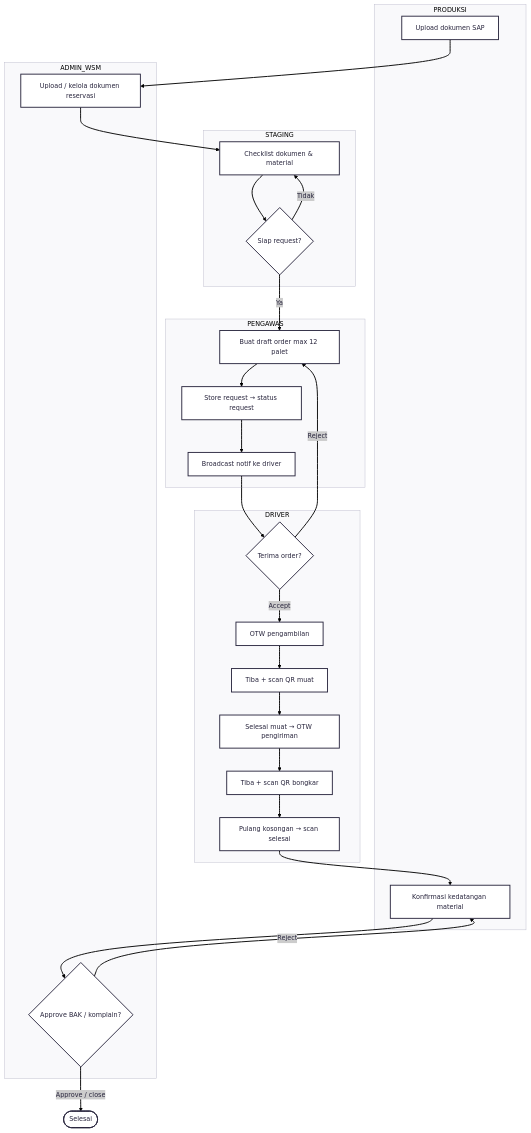
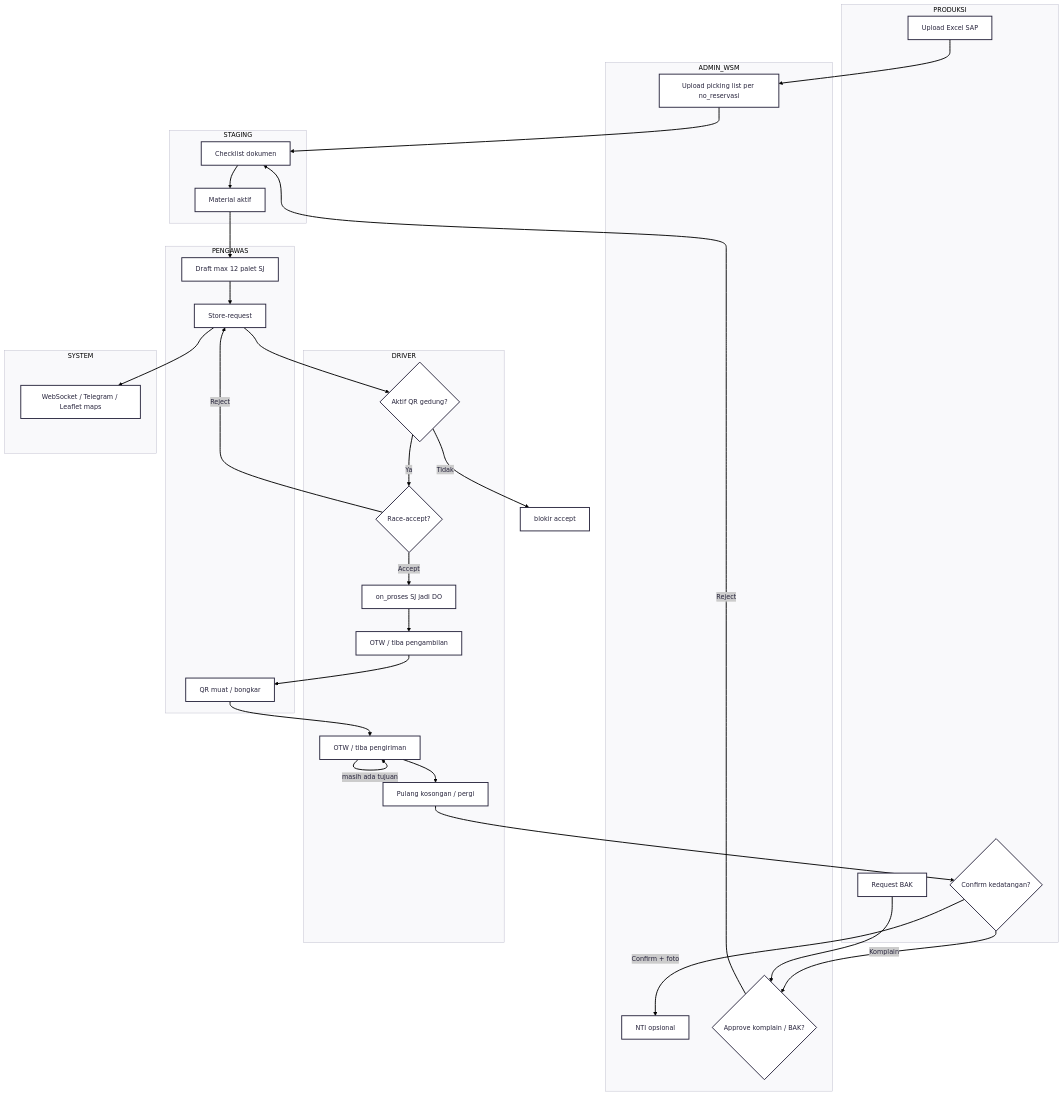
One commit to asrofilnadib/asrofilnadib.github.io changed the first of 2 diagrams in projects/briefs/tms/diagram/flowchart.md. Above: the diagram before and after it, drawn with Mermaid. The commit also changed other lines of this file and 4 other files, not shown here.

First line of the commit message:
feat(tms): update project details and add new diagrams

````diff
--- a/projects/briefs/tms/diagram/flowchart.md
+++ b/projects/briefs/tms/diagram/flowchart.md
@@ -45,49 +49,56 @@
 ```mermaid
 ---
 config:
   theme: redux
 ---
 flowchart TB
   subgraph PRODUKSI
-    P1[Upload dokumen SAP]
-    P2[Konfirmasi kedatangan material]
+    P1[Upload Excel SAP]
+    P2{Confirm kedatangan?}
+    P3[Request BAK]
   end
 
   subgraph ADMIN_WSM
-    W1[Upload / kelola dokumen reservasi]
-    W2{Approve BAK / komplain?}
+    W1[Upload picking list per no_reservasi]
+    W2[NTI opsional]
+    W3{Approve komplain / BAK?}
   end
 
   subgraph STAGING
-    S1[Checklist dokumen & material]
-    S2{Siap request?}
+    S1[Checklist dokumen]
+    S2[Material aktif]
   end
 
   subgraph PENGAWAS
-    G1[Buat draft order max 12 palet]
-    G2[Store request → status request]
-    G3[Broadcast notif ke driver]
+    G1[Draft max 12 palet SJ]
+    G2[Store-request]
+    G3[QR muat / bongkar]
   end
 
   subgraph DRIVER
-    D1{Terima order?}
-    D2[OTW pengambilan]
-    D3[Tiba + scan QR muat]
-    D4[Selesai muat → OTW pengiriman]
-    D5[Tiba + scan QR bongkar]
-    D6[Pulang kosongan → scan selesai]
+    D0{Aktif QR gedung?}
+    D1{Race-accept?}
+    D2[on_proses SJ jadi DO]
+    D3[OTW / tiba pengambilan]
+    D4[OTW / tiba pengiriman]
+    D5[Pulang kosongan / pergi]
   end
 
-  P1 --> W1
-  W1 --> S1
-  S1 --> S2
-  S2 -->|Tidak| S1
-  S2 -->|Ya| G1
-  G1 --> G2 --> G3 --> D1
-  D1 -->|Reject| G1
-  D1 -->|Accept| D2 --> D3 --> D4 --> D5 --> D6
-  D6 --> P2
-  P2 --> W2
-  W2 -->|Reject| P2
-  W2 -->|Approve / close| DONE([Selesai])
+  subgraph SYSTEM
+    SYS[WebSocket / Telegram / Leaflet maps]
+  end
+
+  P1 --> W1 --> S1 --> S2 --> G1 --> G2 --> SYS
+  G2 --> D0
+  D0 -->|Tidak| BLOCK[blokir accept]
+  D0 -->|Ya| D1
+  D1 -->|Reject| G2
+  D1 -->|Accept| D2 --> D3 --> G3
+  G3 --> D4
+  D4 -->|masih ada tujuan| D4
+  D4 --> D5 --> P2
+  P2 -->|Komplain| W3
+  P2 -->|Confirm + foto| W2
+  W3 -->|Reject| S1
+  P3 --> W3
 ```
````
